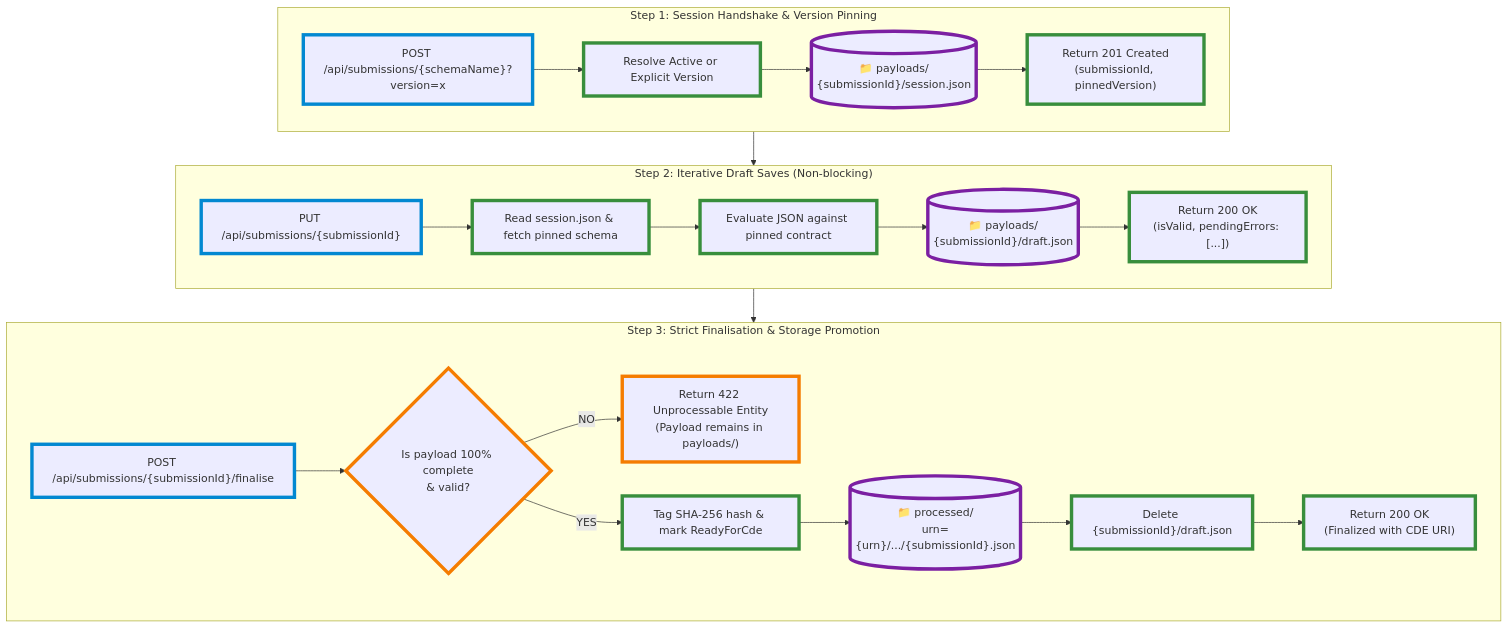
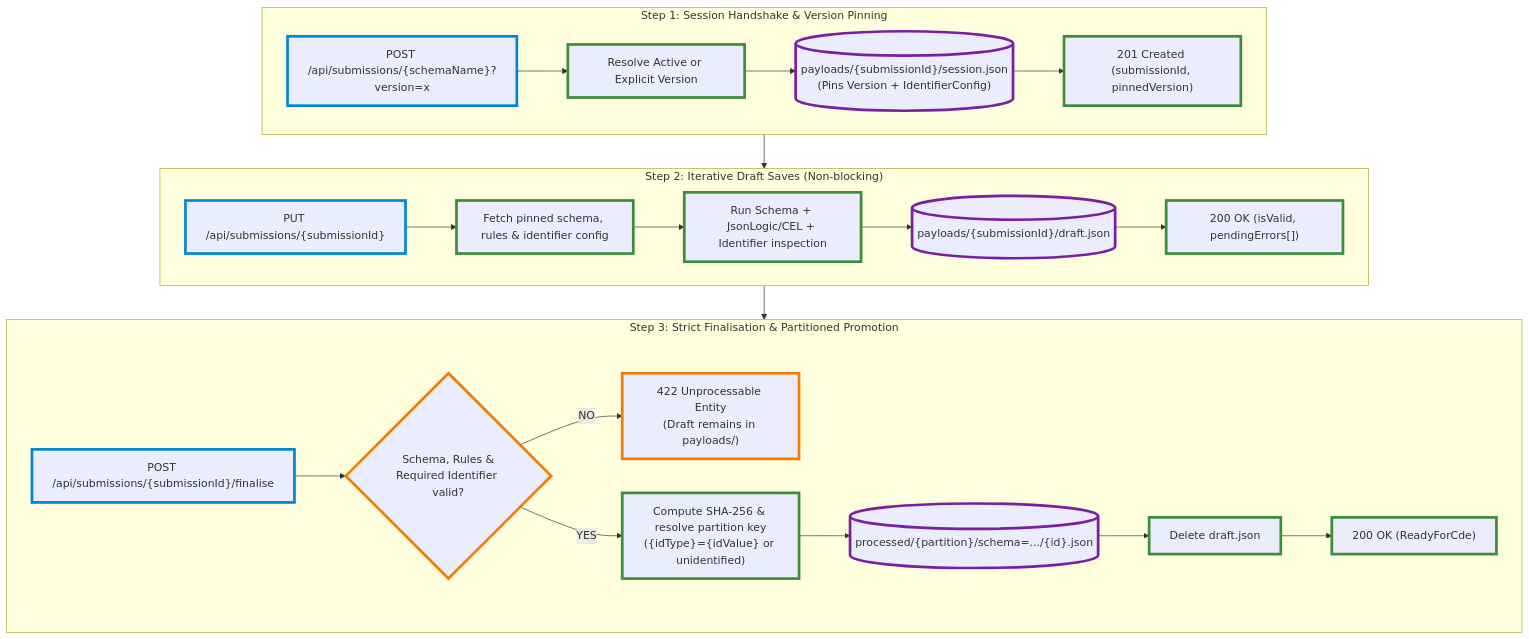
The third of 4 diagrams in ARCHITECTURE.md (DFE-Digital/estate-data-collection), drawn with Mermaid before and after one commit. The commit also changed other lines of this file and 10 other files, not shown here.

Commit message:
docs: add ADRs 0017-0022 and update README, architecture, and deployment guides

````diff
--- a/ARCHITECTURE.md
+++ b/ARCHITECTURE.md
@@ -107,38 +127,31 @@
 ```mermaid
 flowchart TD
-    classDef route stroke:#0288d1,stroke-width:5px;
-    classDef check stroke:#f57c00,stroke-width:5px;
-    classDef blob stroke:#7b1fa2,stroke-width:5px;
-    classDef action stroke:#388e3c,stroke-width:5px;
+    classDef route stroke:#0288d1,stroke-width:4px;
+    classDef check stroke:#f57c00,stroke-width:4px;
+    classDef blob stroke:#7b1fa2,stroke-width:4px;
+    classDef action stroke:#388e3c,stroke-width:4px;
 
-    %% Step 1: Session Initiation
     subgraph Step1["Step 1: Session Handshake & Version Pinning"]
-        R1["POST /api/submissions/{schemaName}?version=x"]:::route
-        R1 --> A1["Resolve Active or Explicit Version"]:::action
-        A1 --> B1[("📁 payloads/<br/>{submissionId}/session.json")]:::blob
-        B1 --> RESP1["Return 201 Created<br/>(submissionId, pinnedVersion)"]:::action
+        R1["POST /api/submissions/{schemaName}?version=x"]:::route --> A1["Resolve Active or Explicit Version"]:::action
+        A1 --> B1[("payloads/{submissionId}/session.json<br/>(Pins Version + IdentifierConfig)")]:::blob
+        B1 --> RESP1["201 Created (submissionId, pinnedVersion)"]:::action
     end
 
-    %% Step 2: Draft Uploads
     subgraph Step2["Step 2: Iterative Draft Saves (Non-blocking)"]
-        R2["PUT /api/submissions/{submissionId}"]:::route
-        R2 --> A2["Read session.json & fetch pinned schema"]:::action
-        A2 --> V2["Evaluate JSON against pinned contract"]:::action
-        V2 --> B2[("📁 payloads/<br/>{submissionId}/draft.json")]:::blob
-        B2 --> RESP2["Return 200 OK<br/>(isValid, pendingErrors: [...])"]:::action
+        R2["PUT /api/submissions/{submissionId}"]:::route --> A2["Fetch pinned schema, rules &amp; identifier config"]:::action
+        A2 --> V2["Run Schema + JsonLogic/CEL + Identifier inspection"]:::action
+        V2 --> B2[("payloads/{submissionId}/draft.json")]:::blob
+        B2 --> RESP2["200 OK (isValid, pendingErrors[])"]:::action
     end
 
-    %% Step 3: Finalisation
-    subgraph Step3["Step 3: Strict Finalisation & Storage Promotion"]
-        R3["POST /api/submissions/{submissionId}/finalise"]:::route
-        R3 --> C3{"Is payload 100% complete<br/>& valid?"}:::check
-        C3 --"NO"--> ERR3["Return 422 Unprocessable Entity<br/>(Payload remains in payloads/)"]:::check
-        C3 --"YES"--> A3["Tag SHA-256 hash & mark ReadyForCde"]:::action
-        A3 --> B3[("📁 processed/<br/>urn={urn}/.../{submissionId}.json")]:::blob
-        B3 --> DEL3["Delete {submissionId}/draft.json"]:::action
-        DEL3 --> RESP3["Return 200 OK<br/>(Finalized with CDE URI)"]:::action
+    subgraph Step3["Step 3: Strict Finalisation & Partitioned Promotion"]
+        R3["POST /api/submissions/{submissionId}/finalise"]:::route --> C3{"Schema, Rules &amp;<br/>Required Identifier valid?"}:::check
+        C3 -- "NO" --> ERR3["422 Unprocessable Entity<br/>(Draft remains in payloads/)"]:::check
+        C3 -- "YES" --> A3["Compute SHA-256 &amp; resolve partition key<br/>({idType}={idValue} or unidentified)"]:::action
+        A3 --> B3[("processed/{partition}/schema=.../{id}.json")]:::blob
+        B3 --> DEL3["Delete draft.json"]:::action
+        DEL3 --> RESP3["200 OK (ReadyForCde)"]:::action
     end
 
-    Step1 --> Step2
-    Step2 --> Step3
+    Step1 --> Step2 --> Step3
 ```
````
